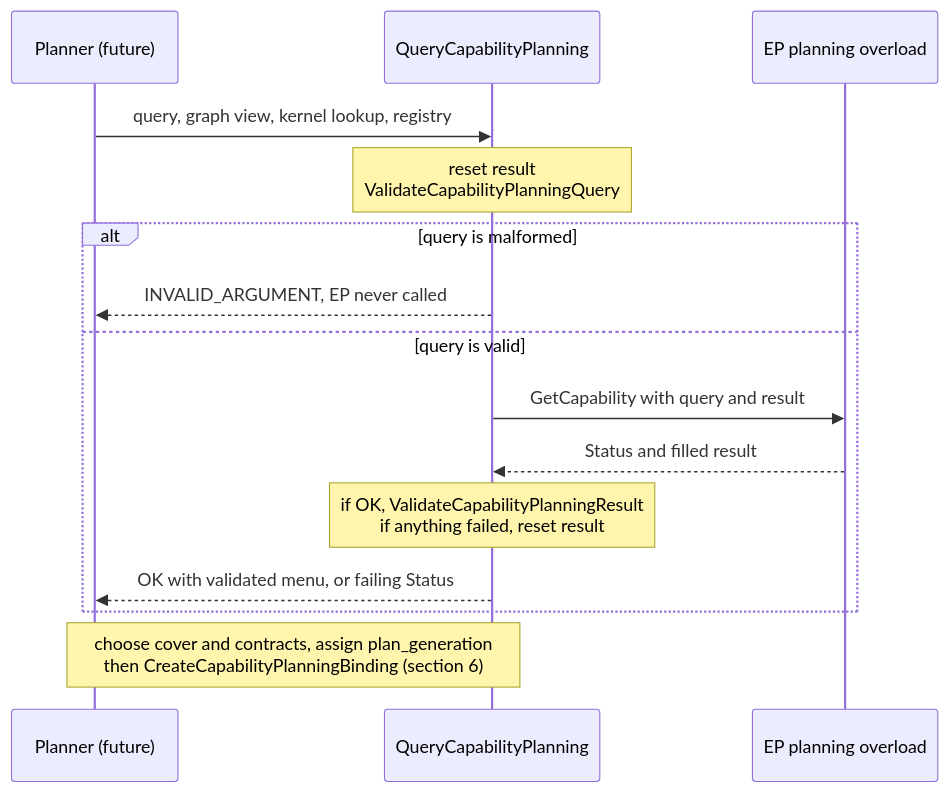
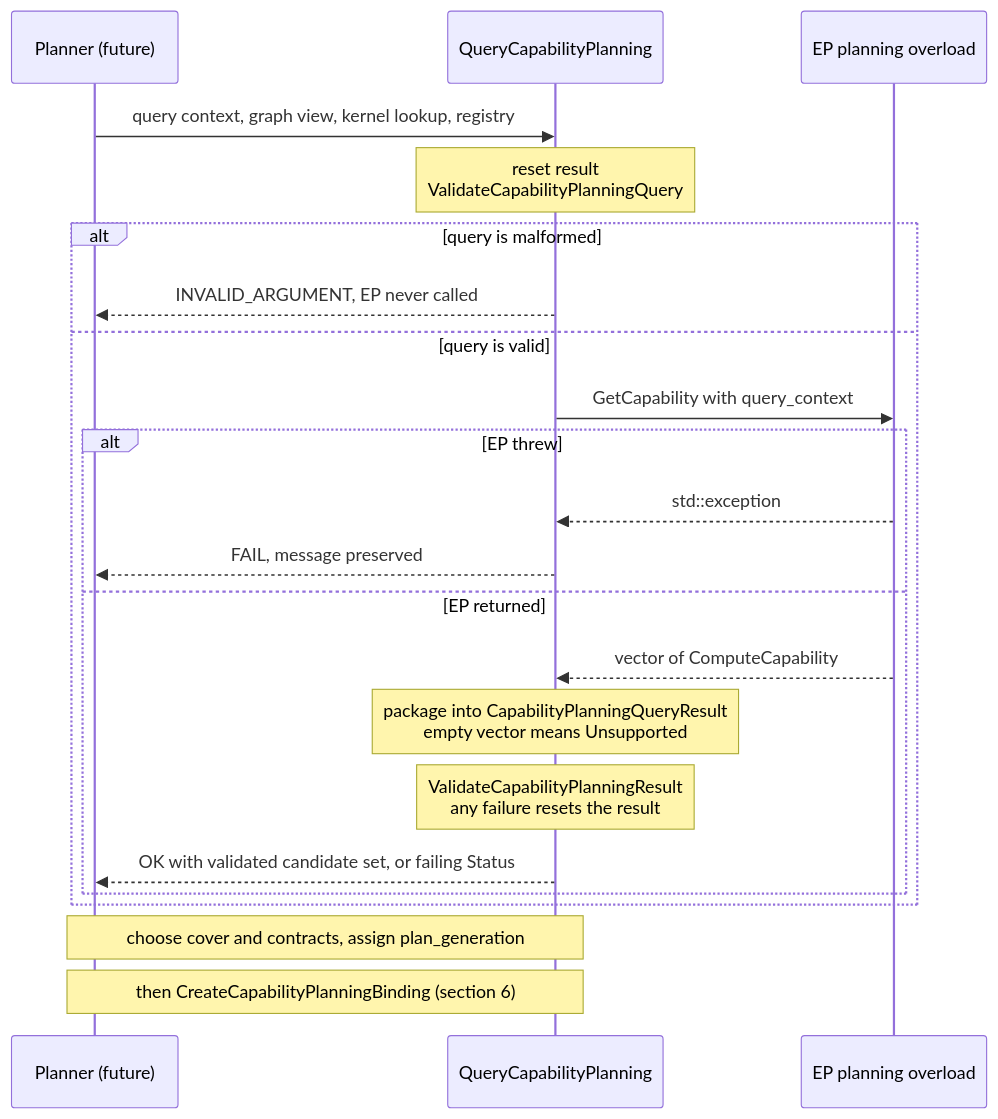
One commit to microsoft/onnxruntime changed the third of 7 diagrams in docs/annotated_partitioning/capability_planning_interfaces.md. Above: the diagram before and after it, drawn with Mermaid. The commit also changed other lines of this file, not shown here.

First line of the commit message:
Rework capability planning interfaces around the existing shapes

````diff
--- a/docs/annotated_partitioning/capability_planning_interfaces.md
+++ b/docs/annotated_partitioning/capability_planning_interfaces.md
@@ -307,18 +463,25 @@
 ```mermaid
 sequenceDiagram
   participant P as Planner (future)
   participant D as QueryCapabilityPlanning
   participant E as EP planning overload
 
-  P->>D: query, graph view, kernel lookup, registry
+  P->>D: query context, graph view, kernel lookup, registry
   Note over D: reset result<br/>ValidateCapabilityPlanningQuery
   alt query is malformed
     D-->>P: INVALID_ARGUMENT, EP never called
   else query is valid
-    D->>E: GetCapability with query and result
-    E-->>D: Status and filled result
-    Note over D: if OK, ValidateCapabilityPlanningResult<br/>if anything failed, reset result
-    D-->>P: OK with validated menu, or failing Status
+    D->>E: GetCapability with query_context
+    alt EP threw
+      E-->>D: std::exception
+      D-->>P: FAIL, message preserved
+    else EP returned
+      E-->>D: vector of ComputeCapability
+      Note over D: package into CapabilityPlanningQueryResult<br/>empty vector means Unsupported
+      Note over D: ValidateCapabilityPlanningResult<br/>any failure resets the result
+      D-->>P: OK with validated candidate set, or failing Status
+    end
   end
-  Note over P,D: choose cover and contracts, assign plan_generation<br/>then CreateCapabilityPlanningBinding (section 6)
+  Note over P,D: choose cover and contracts, assign plan_generation
+  Note over P,D: then CreateCapabilityPlanningBinding (section 6)
 ```
````
